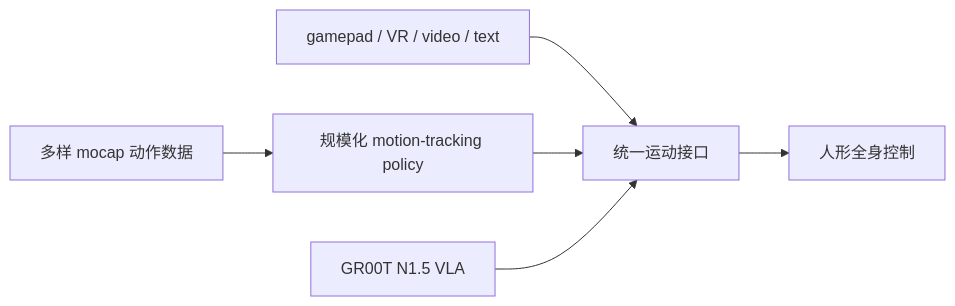
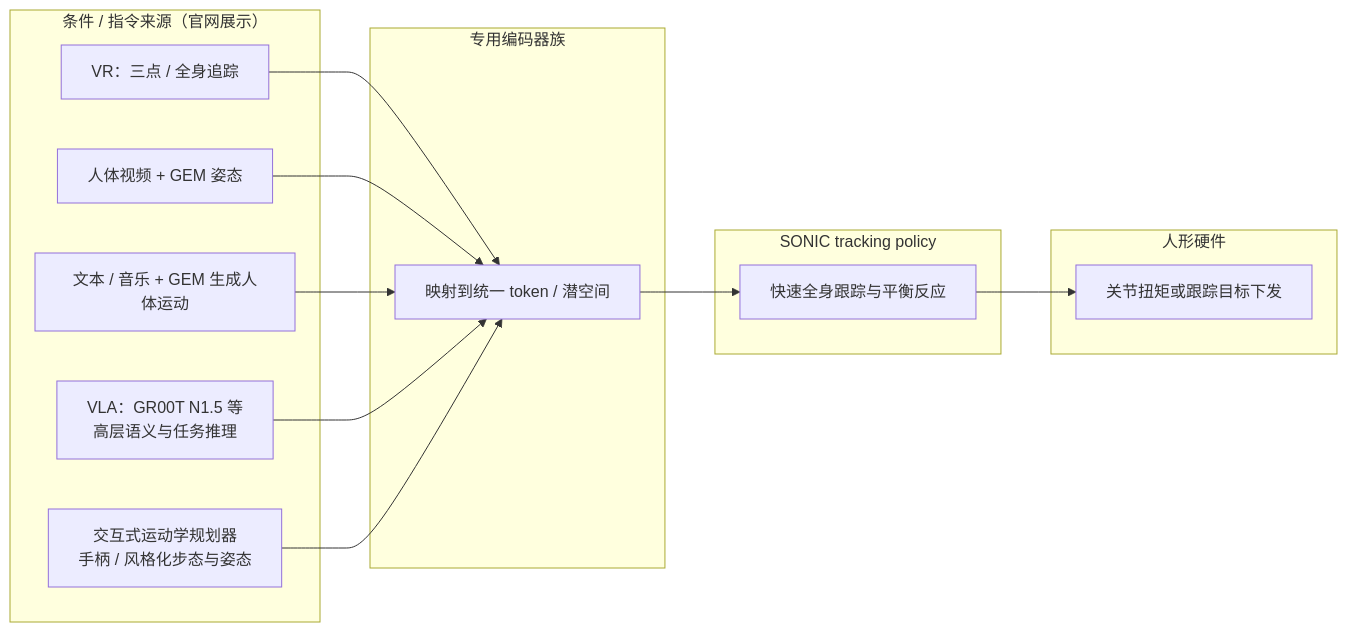
Before and after one commit to ImChong/Robotics_Notebooks: the second of 5 diagrams in wiki/entities/nvidia-sonic.md, drawn with Mermaid. The commit also changed other lines of this file and 447 other files, not shown here.

````diff
--- a/wiki/entities/nvidia-sonic.md
+++ b/wiki/entities/nvidia-sonic.md
@@ -40,8 +233,29 @@
 ```mermaid
 flowchart LR
-  A[多样 mocap 动作数据] --> B[规模化 motion-tracking policy]
-  C[gamepad / VR / video / text] --> D[统一运动接口]
-  B --> D
-  D --> E[人形全身控制]
-  F[GR00T N1.5 VLA] --> D
+  subgraph upstream["条件 / 指令来源（官网展示）"]
+    U1[VR：三点 / 全身追踪]
+    U2[人体视频 + GEM 姿态]
+    U3[文本 / 音乐 + GEM 生成人体运动]
+    U4[VLA：GR00T N1.5 等<br/>高层语义与任务推理]
+    U5[交互式运动学规划器<br/>手柄 / 风格化步态与姿态]
+  end
+
+  subgraph enc["专用编码器族"]
+    E[映射到统一 token / 潜空间]
+  end
+
+  subgraph core["SONIC tracking policy"]
+    C[快速全身跟踪与平衡反应]
+  end
+
+  subgraph robot["人形硬件"]
+    R[关节扭矩或跟踪目标下发]
+  end
+
+  U1 --> E
+  U2 --> E
+  U3 --> E
+  U4 --> E
+  U5 --> E
+  E --> C --> R
 ```
````
